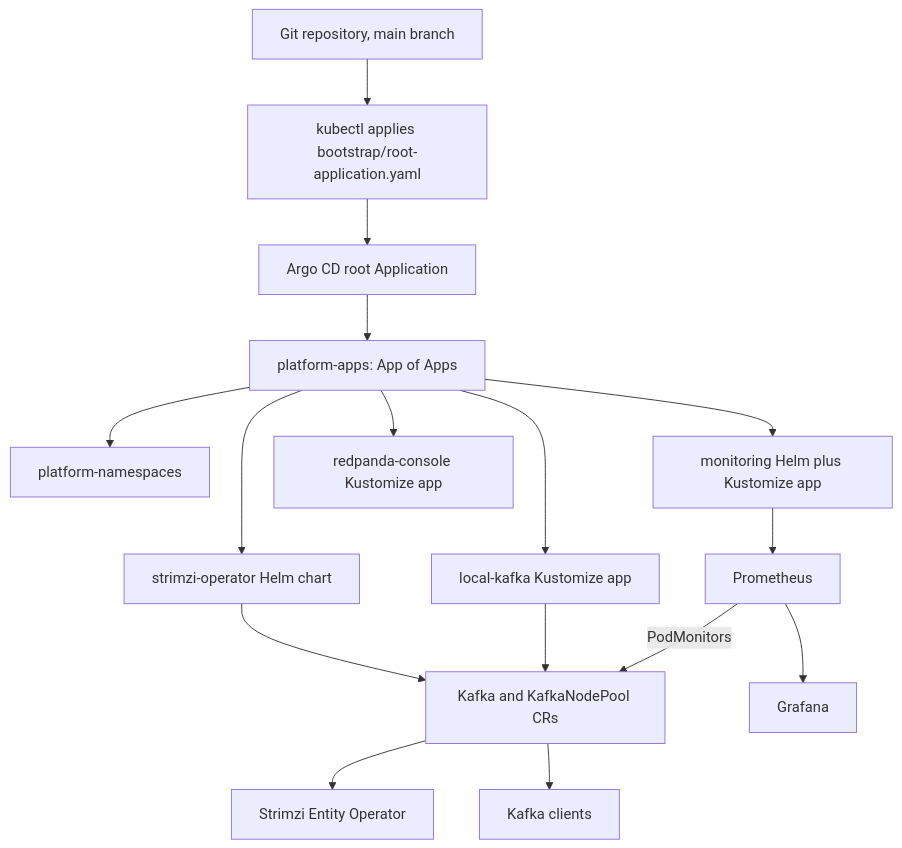
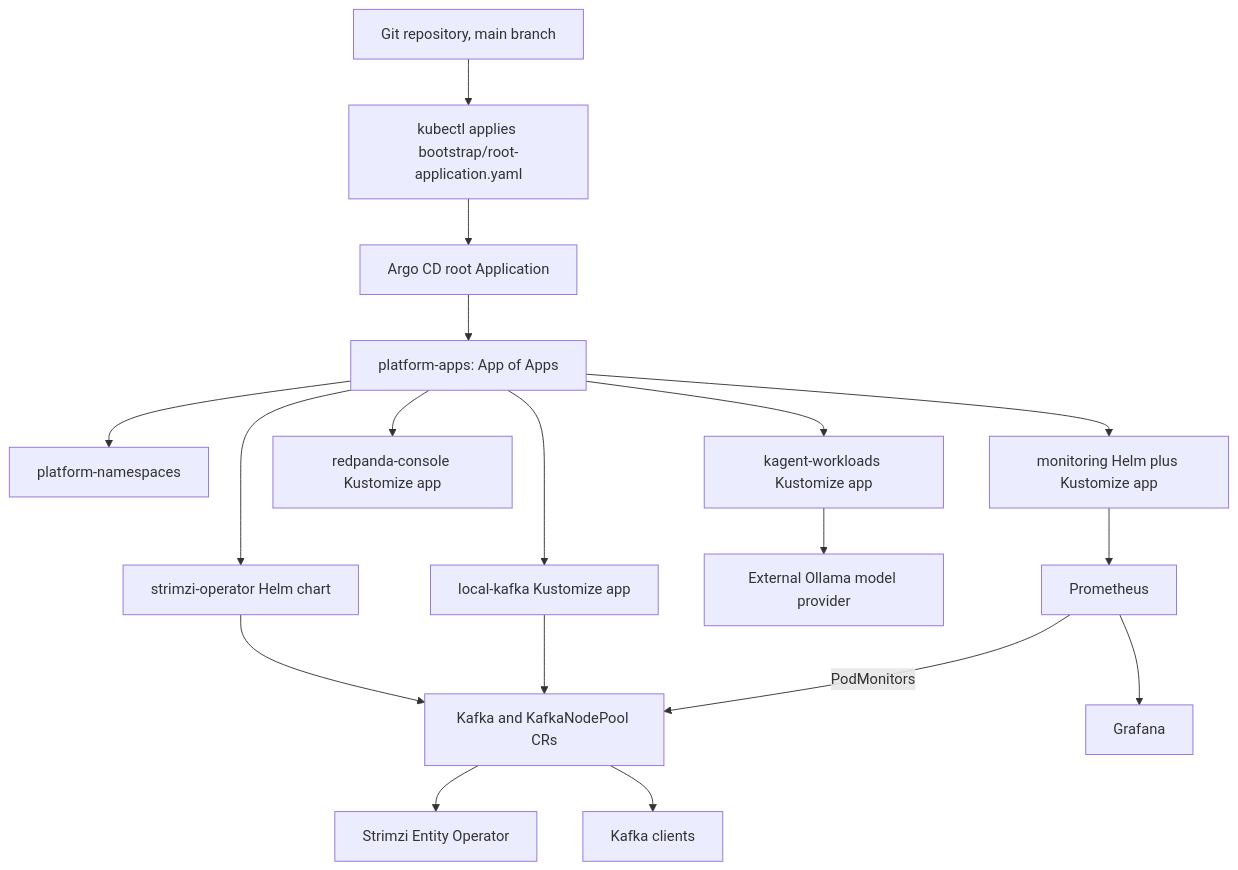
Before and after one commit to zamirarif/strimzi-minikube-gitops: the first of 3 diagrams in ARCHITECTURE.md, drawn with Mermaid. The commit also changed other lines of this file and 12 other files, not shown here.

````diff
--- a/ARCHITECTURE.md
+++ b/ARCHITECTURE.md
@@ -15,32 +17,36 @@
 ```mermaid
 flowchart TD
     Git[Git repository, main branch]
     Bootstrap[kubectl applies bootstrap/root-application.yaml]
     Root[Argo CD root Application]
     Apps[platform-apps: App of Apps]
     Namespaces[platform-namespaces]
     Operator[strimzi-operator Helm chart]
     KafkaApp[local-kafka Kustomize app]
     MonitoringApp[monitoring Helm plus Kustomize app]
     ConsoleApp[redpanda-console Kustomize app]
+    KagentApp[kagent-workloads Kustomize app]
+    Ollama[External Ollama model provider]
     CRs[Kafka and KafkaNodePool CRs]
     Entity[Strimzi Entity Operator]
     Clients[Kafka clients]
     Prom[Prometheus]
     Grafana[Grafana]
 
     Git --> Bootstrap --> Root
     Root --> Apps
     Apps --> Namespaces
     Apps --> Operator
     Apps --> KafkaApp
     Apps --> MonitoringApp
     Apps --> ConsoleApp
+    Apps --> KagentApp
     Operator --> CRs
     KafkaApp --> CRs
     CRs --> Entity
     CRs --> Clients
     MonitoringApp --> Prom
     Prom -->|PodMonitors| CRs
     Prom --> Grafana
+    KagentApp --> Ollama
 ```
````
